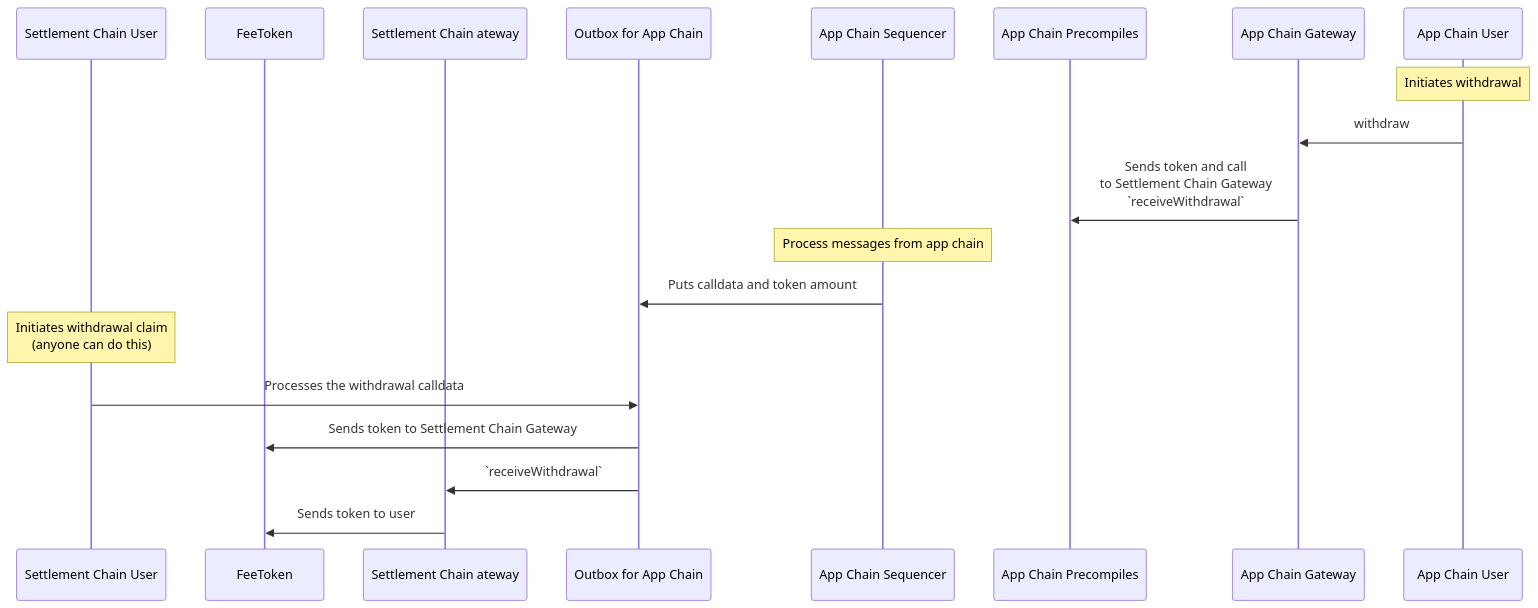
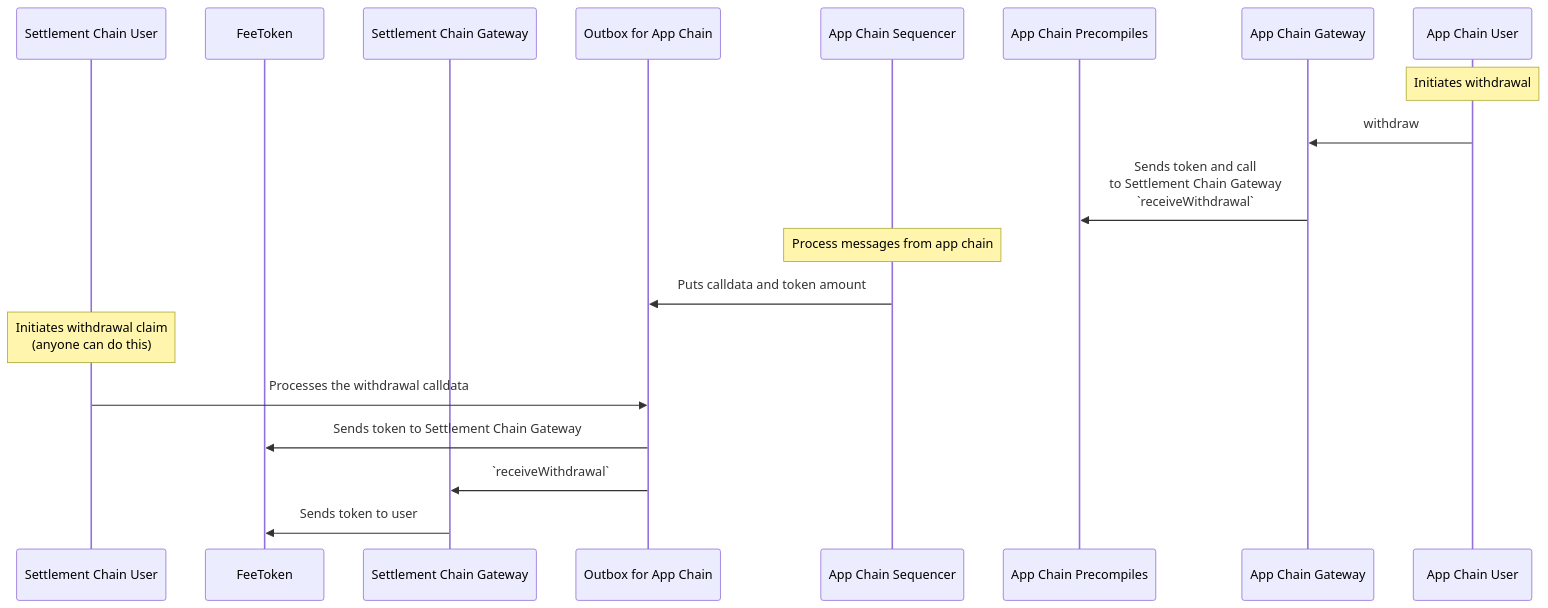
One commit to xmtp/smart-contracts changed the fifth of 6 diagrams in doc/architecture.md. Above: the diagram before and after it, drawn with Mermaid. The commit also changed other lines of this file and 4 other files, not shown here.

````diff
--- a/doc/architecture.md
+++ b/doc/architecture.md
@@ -294,22 +294,22 @@
 ```mermaid
 sequenceDiagram
     participant SCU as Settlement Chain User
     participant FT as FeeToken
-    participant SCG as Settlement Chain ateway
+    participant SCG as Settlement Chain Gateway
     participant O as Outbox for App Chain
     participant S as App Chain Sequencer
     participant P as App Chain Precompiles
     participant ACG as App Chain Gateway
     participant ACU as App Chain User
 
     Note over ACU: Initiates withdrawal
     ACU->>ACG: withdraw
     ACG->>P: Sends token and call<br>to Settlement Chain Gateway<br>`receiveWithdrawal`
     Note over S: Process messages from app chain
     S->>O: Puts calldata and token amount
     Note over SCU: Initiates withdrawal claim<br>(anyone can do this)
     SCU->>O: Processes the withdrawal calldata
     O->>FT: Sends token to Settlement Chain Gateway
     O->>SCG: `receiveWithdrawal`
     SCG->>FT: Sends token to user
 ```
````
